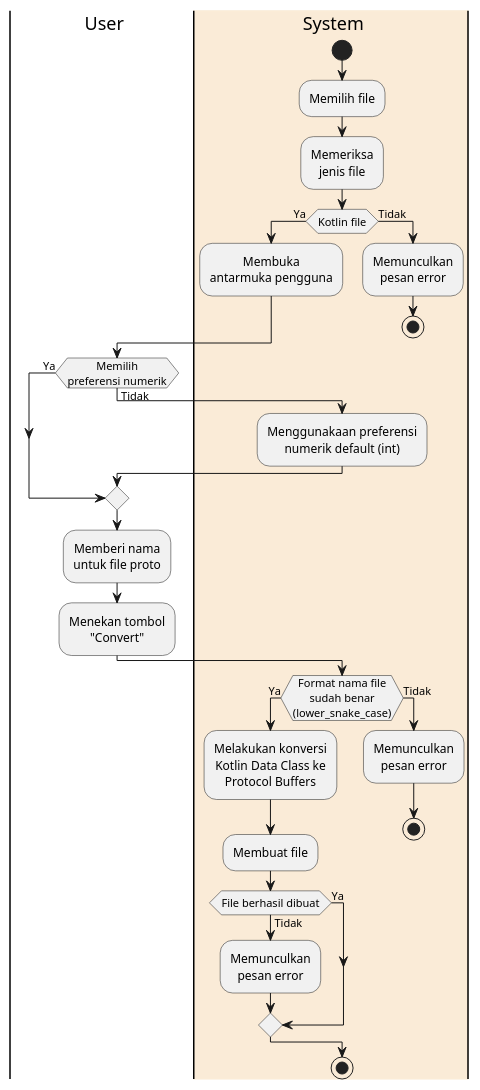
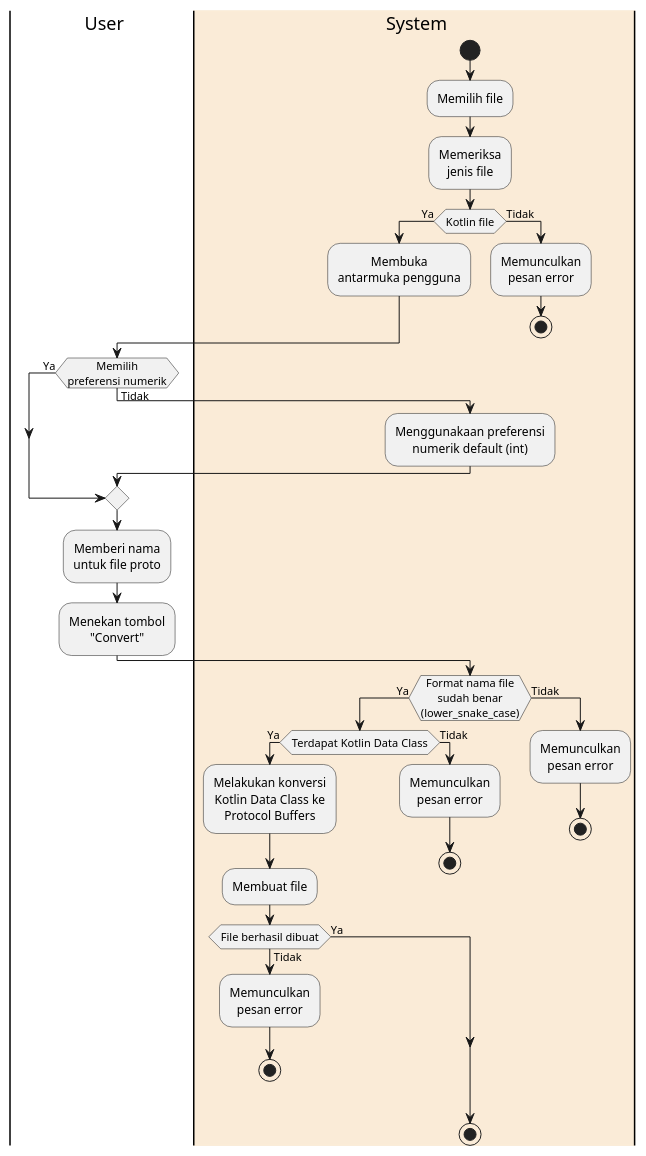
Before and after one commit to fnakhsan/tugas-akhir: the diagram in toProtobufConverter.puml, drawn with PlantUML. The commit also changed 1 other file, not shown here.

Commit message:
add kotlin data class detection

```diff
--- a/toProtobufConverter.puml
+++ b/toProtobufConverter.puml
@@ -1,38 +1,44 @@
 @startuml
 skinparam defaultTextAlignment center
 |u| User
 |#AntiqueWhite|s| System
 start
 :Memilih file;
 |s|
 :Memeriksa\njenis file;
 if (Kotlin file) then (Ya)
   :Membuka\nantarmuka pengguna;
 else (Tidak)
   |s|
   :Memunculkan\npesan error;
   stop
 endif
 |u|
 if (Memilih\npreferensi numerik) then (Ya)
 else (Tidak)
   |s|
   :Menggunakaan preferensi\nnumerik default (int);
 endif
 |u|
 :Memberi nama\nuntuk file proto;
 :Menekan tombol\n"Convert";
 |s|
 if (Format nama file\nsudah benar\n(lower_snake_case)) then (Ya)
-  :Melakukan konversi\nKotlin Data Class ke\nProtocol Buffers;
-  :Membuat file;
-  if (File berhasil dibuat) then (Ya)
-  else (Tidak)
-  :Memunculkan\npesan error;
+  if(Terdapat Kotlin Data Class) then (Ya)
+    :Melakukan konversi\nKotlin Data Class ke\nProtocol Buffers;
+    :Membuat file;
+    if (File berhasil dibuat) then (Ya)
+    else (Tidak)
+      :Memunculkan\npesan error;
+      stop
+    endif
+  else(Tidak)
+    :Memunculkan\npesan error;
+    stop
   endif
 else (Tidak)
   :Memunculkan\npesan error;
   stop
 endif
 stop
 @enduml
```
